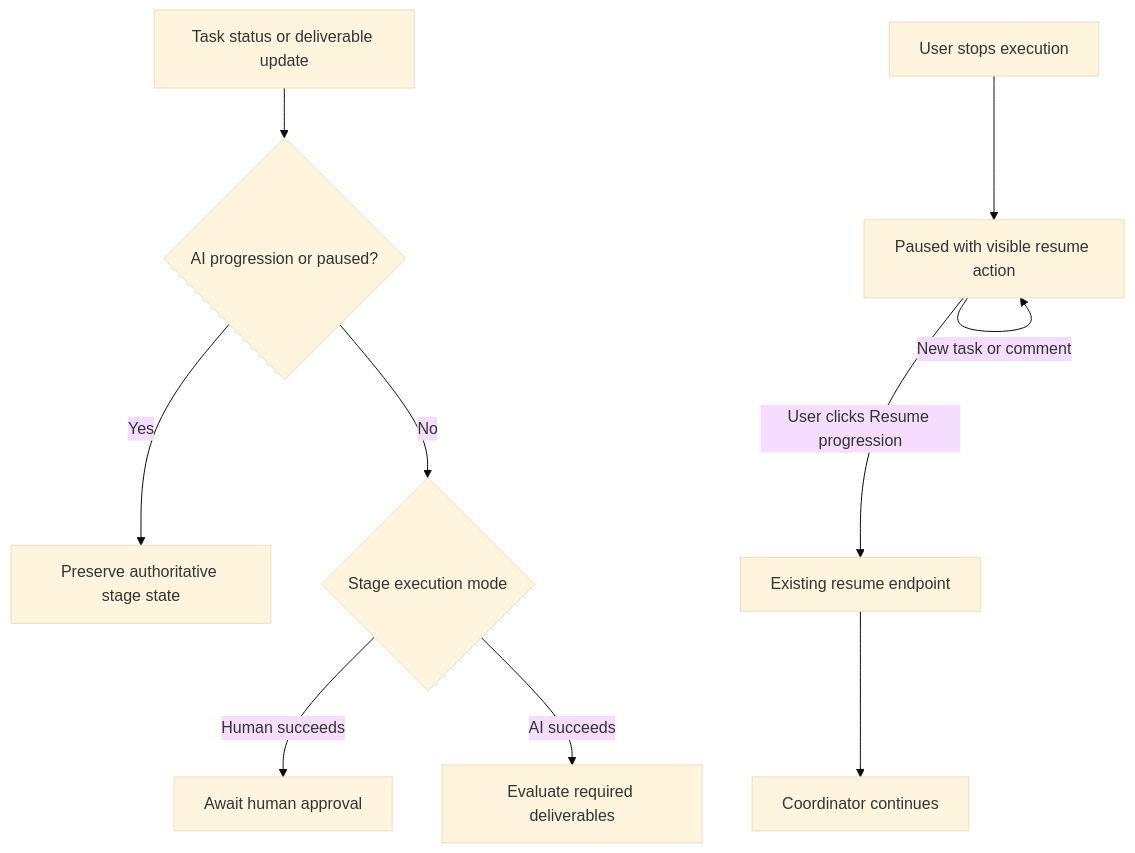
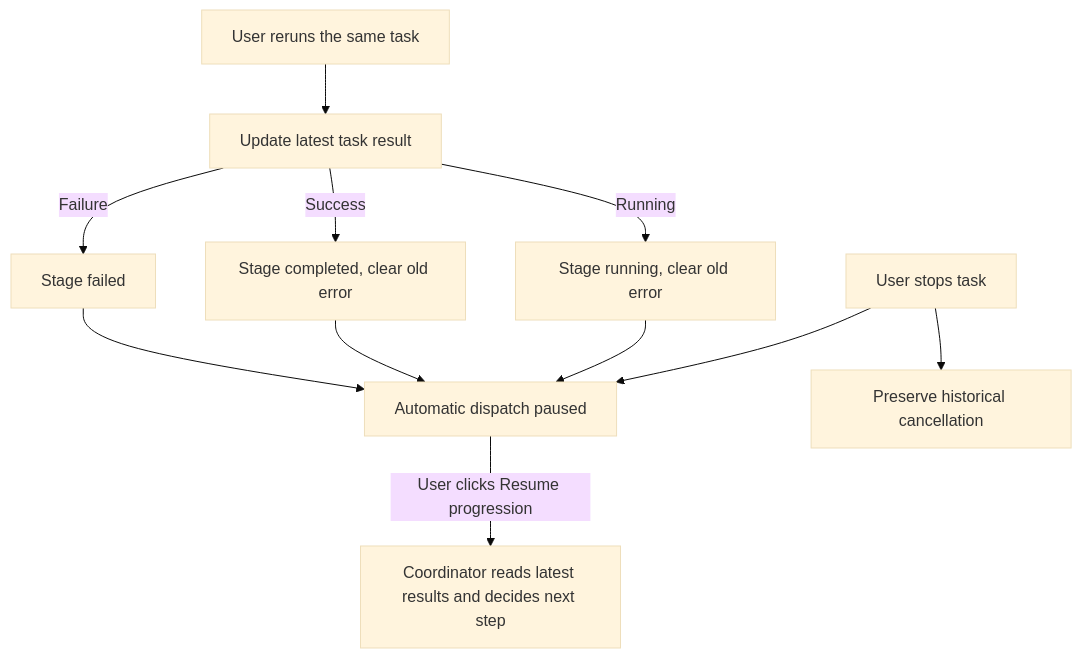
Before and after one commit to wecode-ai/Wegent: the first of 9 diagrams in docs/en/developer-guide/board-automation-acceptance.md, drawn with Mermaid (base theme). The commit also changed other lines of this file and 10 other files, not shown here.

Commit message:
fix(board): reflect successful task reruns without resuming dispatch

````diff
--- a/docs/en/developer-guide/board-automation-acceptance.md
+++ b/docs/en/developer-guide/board-automation-acceptance.md
@@ -11,12 +13,13 @@
 ```mermaid
 flowchart TD
-  T[Task status or deliverable update] --> P{AI progression or paused?}
-  P -->|Yes| K[Preserve authoritative stage state]
-  P -->|No| M{Stage execution mode}
-  M -->|Human succeeds| H[Await human approval]
-  M -->|AI succeeds| D[Evaluate required deliverables]
-  S[User stops execution] --> W[Paused with visible resume action]
-  W -->|User clicks Resume progression| R[Existing resume endpoint]
-  R --> C[Coordinator continues]
-  W -->|New task or comment| W
+  S[User stops task] --> P[Automatic dispatch paused]
+  S --> H[Preserve historical cancellation]
+  R[User reruns the same task] --> T[Update latest task result]
+  T -->|Running| N[Stage running, clear old error]
+  T -->|Success| D[Stage completed, clear old error]
+  T -->|Failure| F[Stage failed]
+  N --> P
+  D --> P
+  F --> P
+  P -->|User clicks Resume progression| C[Coordinator reads latest results and decides next step]
 ```
````
